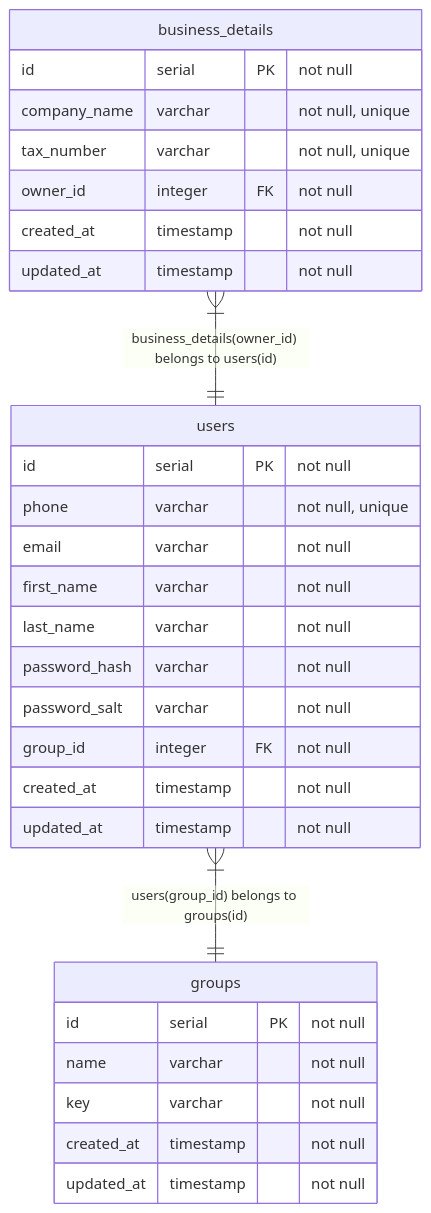
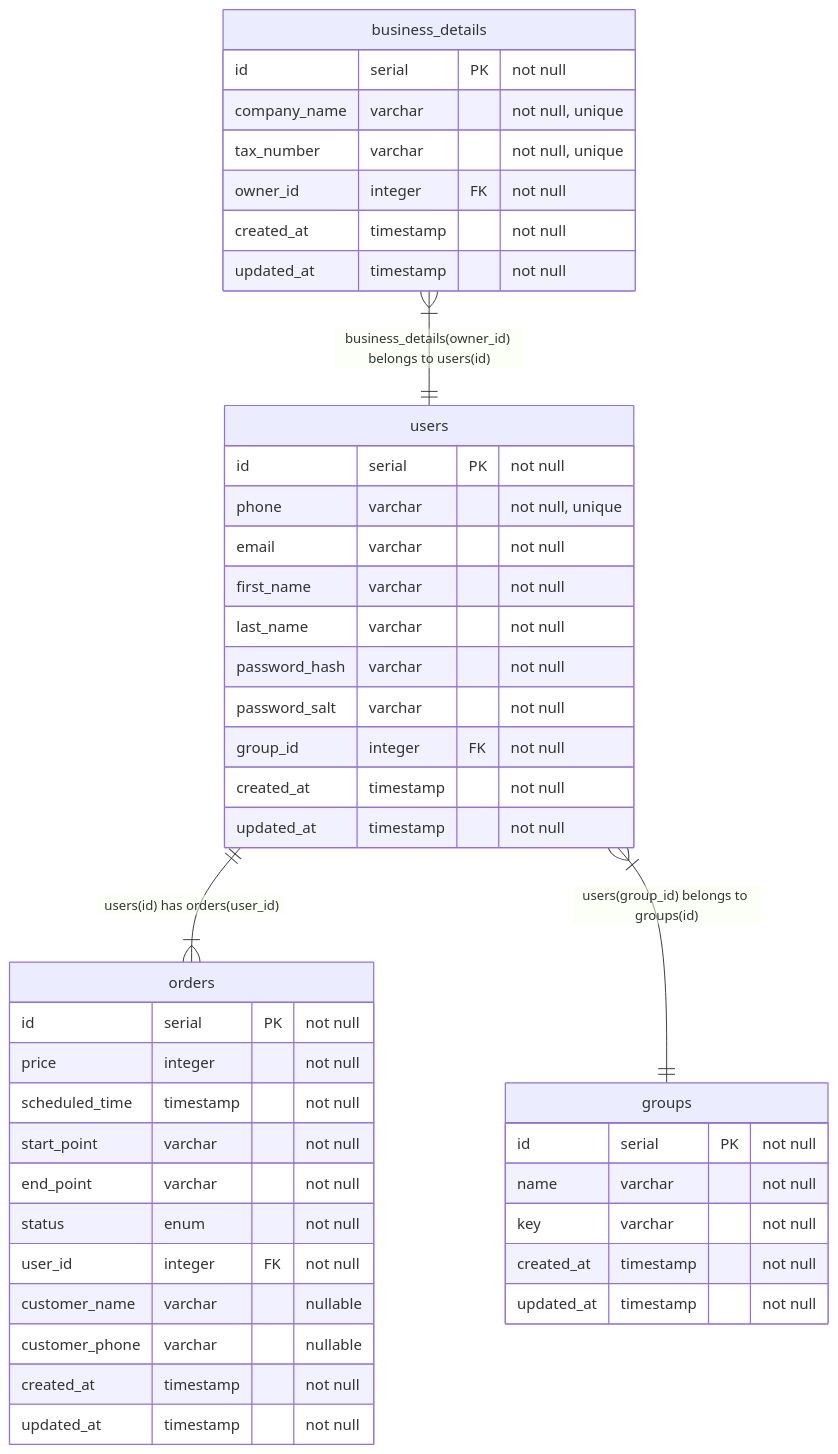
The diagram in readme.md (BinaryStudioAcademy/bsa-2023-towhub), drawn with Mermaid before and after one commit. The commit also changed 26 other files, not shown here.

````diff
--- a/readme.md
+++ b/readme.md
@@ -45,38 +45,54 @@
 ```mermaid
 
 erDiagram
 
     users {
         id serial PK "not null"
         phone varchar "not null, unique"
         email varchar "not null"
         first_name varchar "not null"
         last_name varchar "not null"
         password_hash varchar "not null"
         password_salt varchar "not null"
         group_id integer FK "not null"
         created_at timestamp "not null"
         updated_at timestamp "not null"
     }
 
     groups {
         id serial PK "not null"
         name varchar "not null"
         key varchar "not null"
         created_at timestamp "not null"
         updated_at timestamp "not null"
     }
 
     business_details {
         id serial PK "not null"
         company_name varchar "not null, unique"
         tax_number varchar "not null, unique"
         owner_id integer FK "not null"
         created_at timestamp "not null"
         updated_at timestamp "not null"
     }
 
+    orders {
+        id serial PK "not null"
+        price integer "not null"
+        scheduled_time timestamp "not null"
+        start_point varchar "not null"
+        end_point varchar "not null"
+        status enum "not null"
+        user_id integer FK "not null"
+        customer_name varchar "nullable"
+        customer_phone varchar "nullable"
+        created_at timestamp "not null"
+        updated_at timestamp "not null"
+    }
+
+
+    users one -- one or many orders: "users(id) has orders(user_id)"
     users one or many -- one groups: "users(group_id) belongs to groups(id)"
     business_details one or many -- one users: "business_details(owner_id) belongs to users(id)"
 
 ```
````
